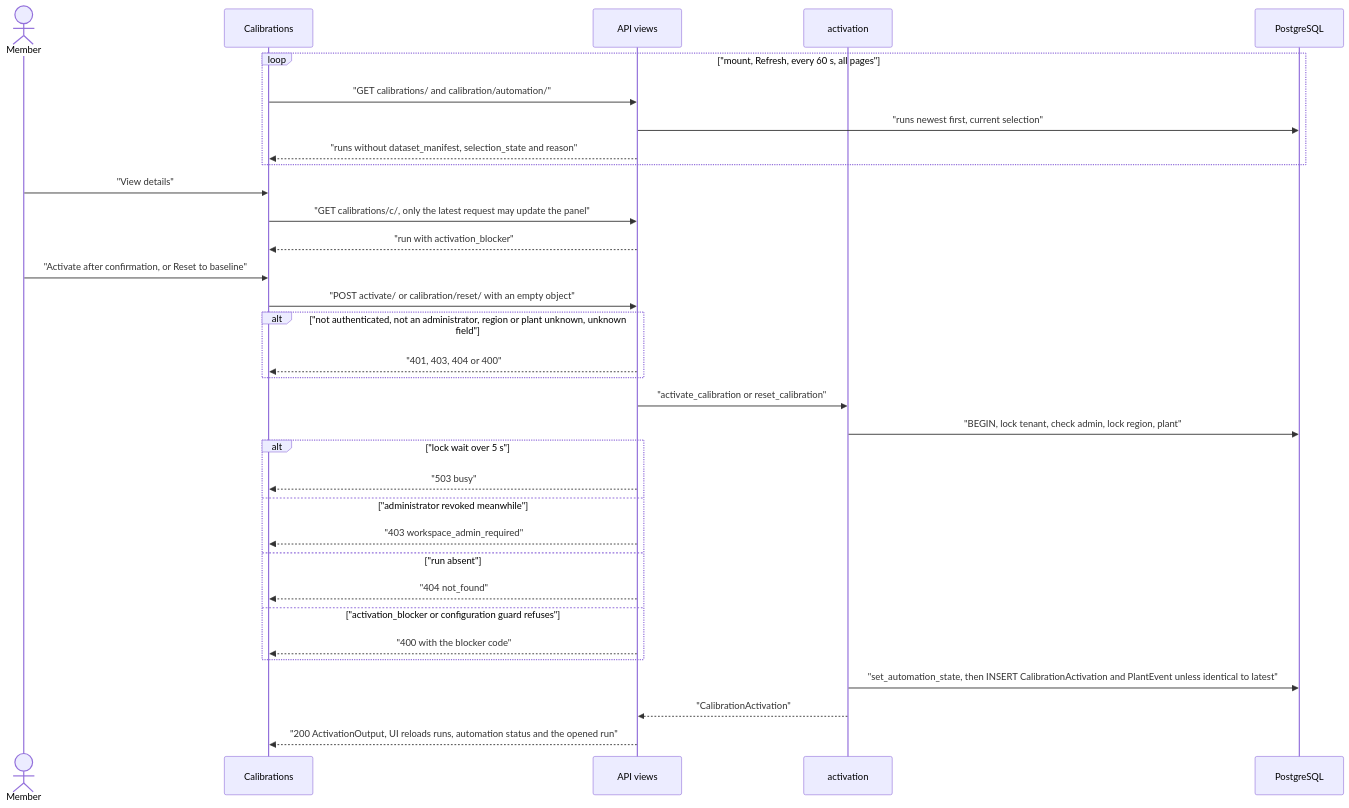
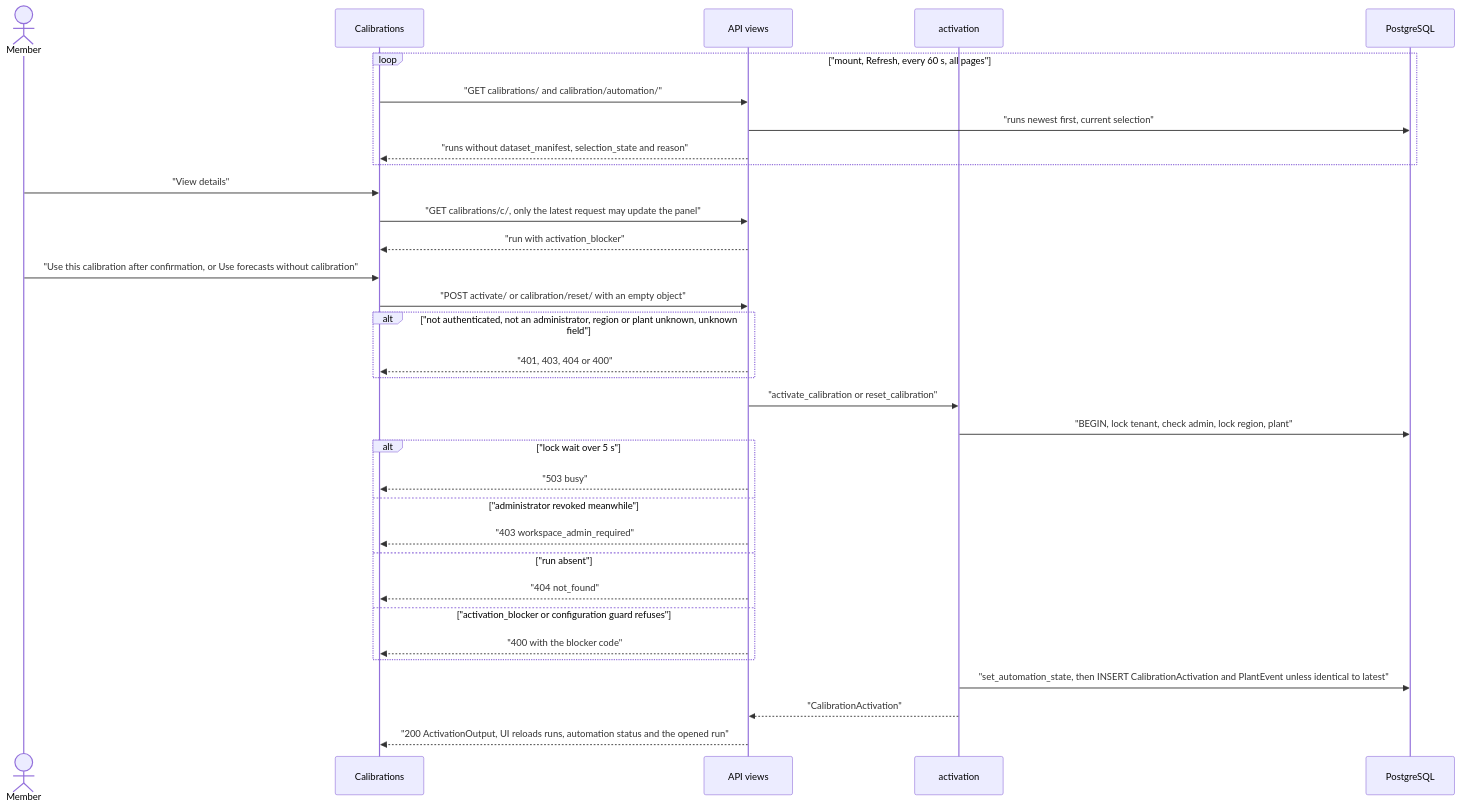
Before and after one commit to erkurtharun/pyracast: the diagram in docs/flows/calibration-activation.md, drawn with Mermaid. The commit also changed other lines of this file and 52 other files, not shown here.

First line of the commit message:
Bring the flow pages up to date with the session, forecast and mail changes (#200)

````diff
--- a/docs/flows/calibration-activation.md
+++ b/docs/flows/calibration-activation.md
@@ -13,35 +15,35 @@
 ```mermaid
 sequenceDiagram
     actor U as Member
     participant S as Calibrations
     participant A as API views
     participant O as activation
     participant DB as PostgreSQL
     loop "mount, Refresh, every 60 s, all pages"
         S->>A: "GET calibrations/ and calibration/automation/"
         A->>DB: "runs newest first, current selection"
         A-->>S: "runs without dataset_manifest, selection_state and reason"
     end
     U->>S: "View details"
     S->>A: "GET calibrations/c/, only the latest request may update the panel"
     A-->>S: "run with activation_blocker"
-    U->>S: "Activate after confirmation, or Reset to baseline"
+    U->>S: "Use this calibration after confirmation, or Use forecasts without calibration"
     S->>A: "POST activate/ or calibration/reset/ with an empty object"
     alt "not authenticated, not an administrator, region or plant unknown, unknown field"
         A-->>S: "401, 403, 404 or 400"
     end
     A->>O: "activate_calibration or reset_calibration"
     O->>DB: "BEGIN, lock tenant, check admin, lock region, plant"
     alt "lock wait over 5 s"
         A-->>S: "503 busy"
     else "administrator revoked meanwhile"
         A-->>S: "403 workspace_admin_required"
     else "run absent"
         A-->>S: "404 not_found"
     else "activation_blocker or configuration guard refuses"
         A-->>S: "400 with the blocker code"
     end
     O->>DB: "set_automation_state, then INSERT CalibrationActivation and PlantEvent unless identical to latest"
     O-->>A: "CalibrationActivation"
     A-->>S: "200 ActivationOutput, UI reloads runs, automation status and the opened run"
 ```
````
